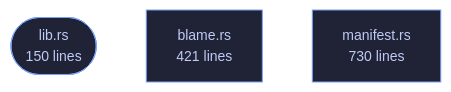
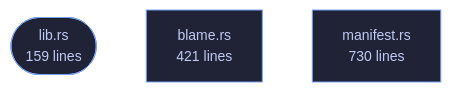
The diagram in crates/veilvoice-guard/README.md (tilas01/veilvoice), drawn with Mermaid before and after one commit. The commit also changed other lines of this file and 550 other files, not shown here.

````diff
--- a/crates/veilvoice-guard/README.md
+++ b/crates/veilvoice-guard/README.md
@@ -103,10 +103,10 @@
 ```mermaid
 %%{init: {"theme":"base","themeVariables":{"background":"#1a1b26","primaryColor":"#1f2335","primaryTextColor":"#c0caf5","primaryBorderColor":"#7aa2f7","secondaryColor":"#16161e","tertiaryColor":"#16161e","lineColor":"#737aa2","textColor":"#c0caf5","mainBkg":"#1f2335","nodeBorder":"#7aa2f7","clusterBkg":"#16161e","clusterBorder":"#2f3549","fontFamily":"ui-monospace, SFMono-Regular, Consolas, monospace","fontSize":"14px"}}}%%
 flowchart TD
-    n_lib(["lib.rs<br/>150 lines"])
+    n_lib(["lib.rs<br/>159 lines"])
     n_blame["blame.rs<br/>421 lines"]
     n_manifest["manifest.rs<br/>730 lines"]
     click n_lib href "https://github.com/tilas01/veilvoice/blob/main/crates/veilvoice-guard/src/lib.rs" "open the source"
     click n_blame href "https://github.com/tilas01/veilvoice/blob/main/crates/veilvoice-guard/src/blame.rs" "open the source"
     click n_manifest href "https://github.com/tilas01/veilvoice/blob/main/crates/veilvoice-guard/src/manifest.rs" "open the source"
 ```
````
